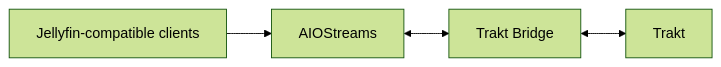
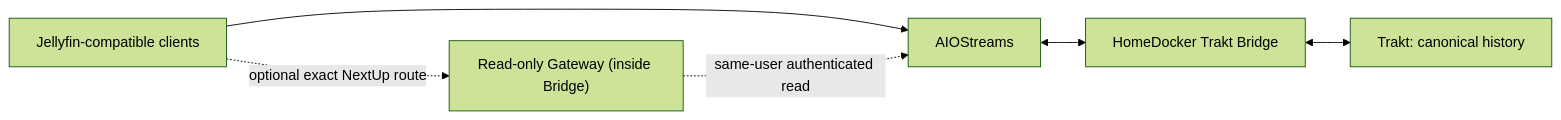
Before and after one commit to olivergiangvu/homedocker-trakt-bridge: the diagram in README.md, drawn with Mermaid (forest theme). The commit also changed other lines of this file, not shown here.

````diff
--- a/README.md
+++ b/README.md
@@ -11,6 +19,8 @@
 ```mermaid
 flowchart LR
     C["Jellyfin-compatible clients"] --> A["AIOStreams"]
-    A <--> B["Trakt Bridge"]
-    B <--> T["Trakt"]
+    A <--> B["HomeDocker Trakt Bridge"]
+    B <--> T["Trakt: canonical history"]
+    C -. "optional exact NextUp route" .-> G["Read-only Gateway (inside Bridge)"]
+    G -. "same-user authenticated read" .-> A
 ```
````
